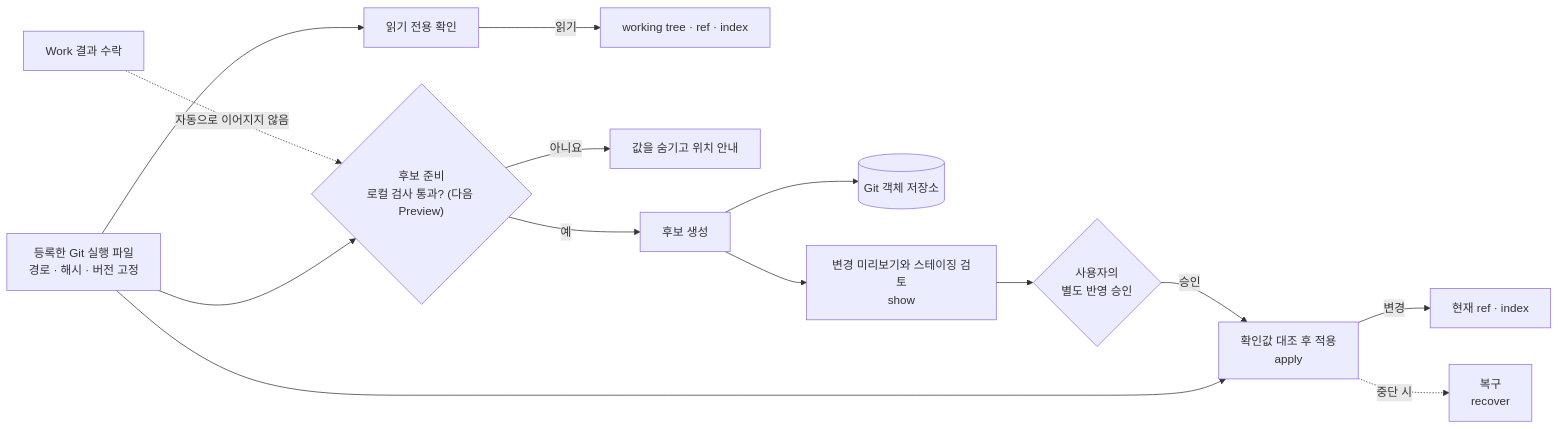
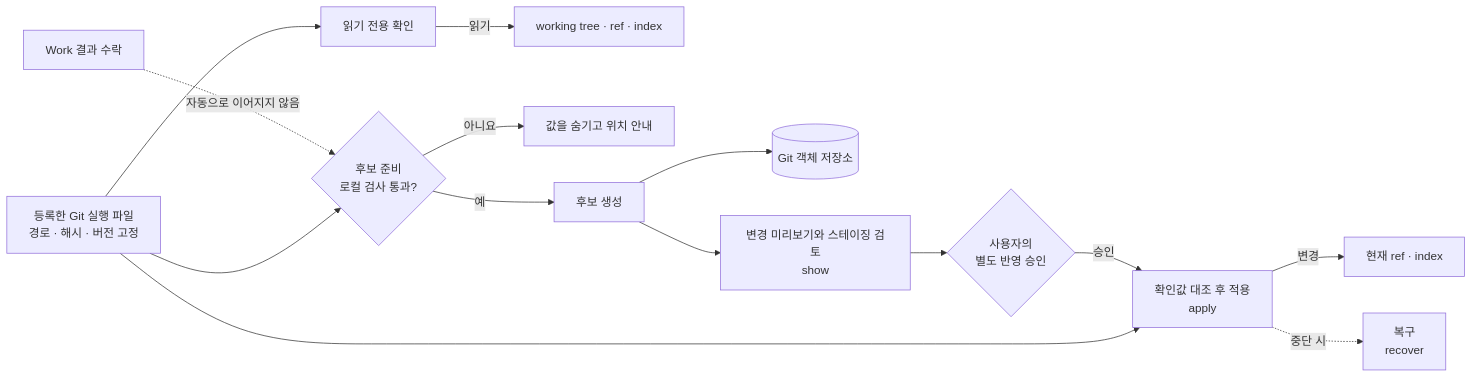
One commit to kyungseo/colvia changed diagram 11 of 14 in manual/ko/architecture.md. Above: the diagram before and after it, drawn with Mermaid. The commit also changed other lines of this file and 74 other files, not shown here.

````diff
--- a/manual/ko/architecture.md
+++ b/manual/ko/architecture.md
@@ -435,17 +461,17 @@
 ```mermaid
 flowchart LR
     Reg["등록한 Git 실행 파일<br/>경로 · 해시 · 버전 고정"]
     Accept["Work 결과 수락"] -.->|자동으로 이어지지 않음| Prepare
     Observe["읽기 전용 확인"] -->|읽기| Repo["working tree · ref · index"]
-    Prepare{"후보 준비<br/>로컬 검사 통과? (다음 Preview)"} -->|아니요| Stop["값을 숨기고 위치 안내"]
+    Prepare{"후보 준비<br/>로컬 검사 통과?"} -->|아니요| Stop["값을 숨기고 위치 안내"]
     Prepare -->|예| Build["후보 생성"]
     Build --> Objects[("Git 객체 저장소")]
     Build --> Review["변경 미리보기와 스테이징 검토<br/>show"]
     Review --> Approval{"사용자의<br/>별도 반영 승인"}
     Approval -->|승인| Apply["확인값 대조 후 적용<br/>apply"]
     Apply -->|변경| RefIndex["현재 ref · index"]
     Apply -.->|중단 시| Recover["복구<br/>recover"]
     Reg --> Observe
     Reg --> Prepare
     Reg --> Apply
 ```
````
